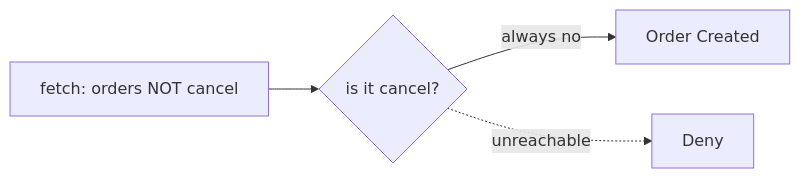
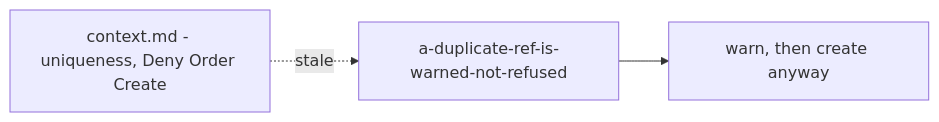
Before and after one commit to pdcgo/warehouse_revamp: the fifth of 8 diagrams in docs/business/order/context_clarify.md, drawn with Mermaid. The commit also changed other lines of this file and 13 other files, not shown here.

First line of the commit message:
docs(order,inventory): the stock take's checks, one key per submit, a duplicate ref warned, both teams named

````diff
--- a/docs/business/order/context_clarify.md
+++ b/docs/business/order/context_clarify.md
@@ -227,6 +269,5 @@
 ```mermaid
 flowchart LR
-  F["fetch: orders NOT cancel"] --> Q{"is it cancel?"}
-  Q -->|"always no"| C["Order Created"]
-  Q -.->|"unreachable"| D["Deny"]
+  S["context.md - uniqueness, Deny Order Create"] -.->|"stale"| D["a-duplicate-ref-is-warned-not-refused"]
+  D --> W["warn, then create anyway"]
 ```
````
